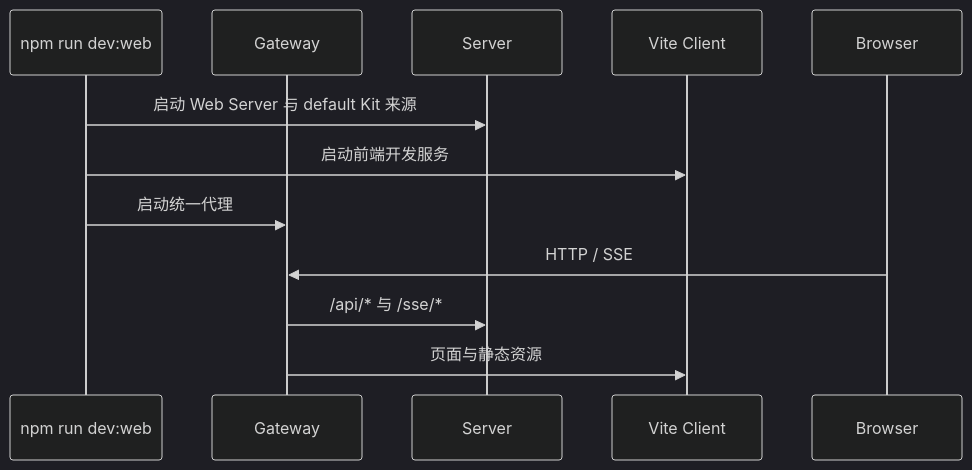
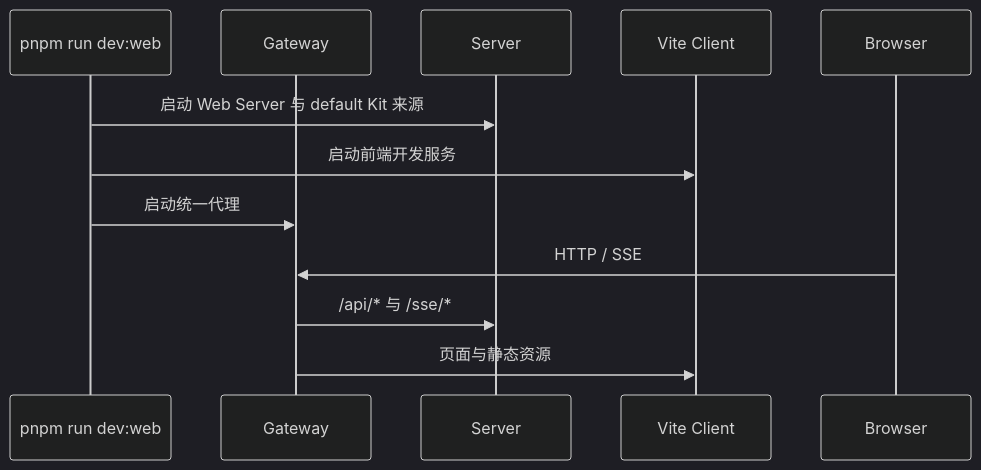
One commit to itharbors/harbors changed the diagram in docs/architecture/runtime-flows.md. Above: the diagram before and after it, drawn with Mermaid (dark theme). The commit also changed other lines of this file and 118 other files, not shown here.

````diff
--- a/docs/architecture/runtime-flows.md
+++ b/docs/architecture/runtime-flows.md
@@ -5,14 +5,14 @@
 ```mermaid
 sequenceDiagram
-    participant CLI as npm run dev:web
+    participant CLI as pnpm run dev:web
     participant G as Gateway
     participant S as Server
     participant C as Vite Client
     participant B as Browser
     CLI->>S: 启动 Web Server 与 default Kit 来源
     CLI->>C: 启动前端开发服务
     CLI->>G: 启动统一代理
     B->>G: HTTP / SSE
     G->>S: /api/* 与 /sse/*
     G->>C: 页面与静态资源
 ```
````
